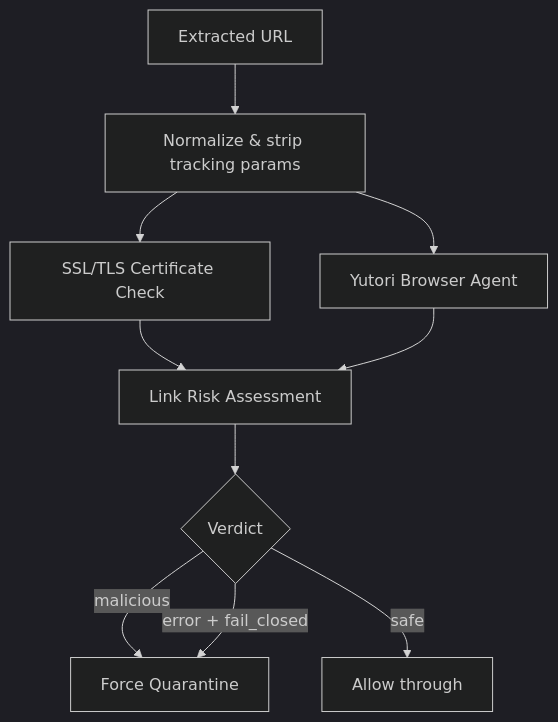
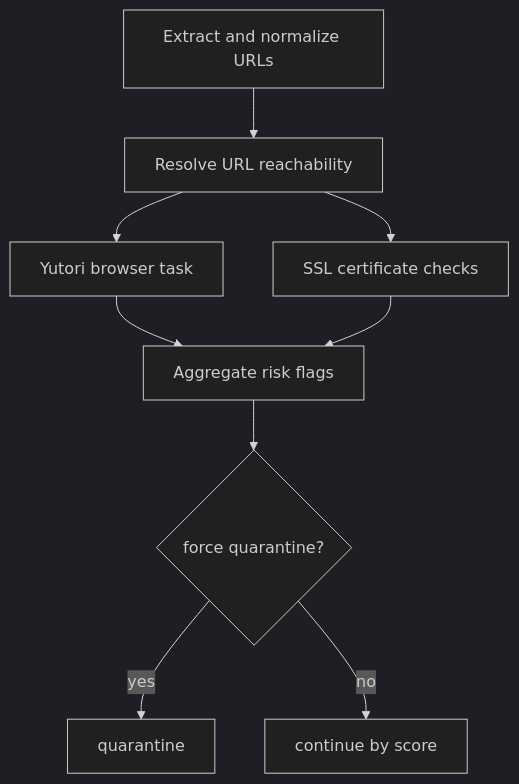
Before and after one commit to pramodthe/anti-scam.ai: the third of 4 diagrams in README.md, drawn with Mermaid (dark theme). The commit also changed other lines of this file, not shown here.

Commit message:
docs: expand README with full architecture and setup details

````diff
--- a/README.md
+++ b/README.md
@@ -190,12 +77,11 @@
 ```mermaid
 flowchart TD
-    URL[Extracted URL] --> Norm[Normalize & strip tracking params]
-    Norm --> SSL[SSL/TLS Certificate Check]
-    Norm --> Yutori[Yutori Browser Agent]
-    SSL --> Assess[Link Risk Assessment]
-    Yutori --> Assess
-    Assess --> V{Verdict}
-    V -->|malicious| FQ[Force Quarantine]
-    V -->|error + fail_closed| FQ
-    V -->|safe| Pass[Allow through]
+    L1[Extract and normalize URLs] --> L2[Resolve URL reachability]
+    L2 --> L3[Yutori browser task]
+    L2 --> L4[SSL certificate checks]
+    L3 --> L5[Aggregate risk flags]
+    L4 --> L5
+    L5 --> L6{force quarantine?}
+    L6 -->|yes| L7[quarantine]
+    L6 -->|no| L8[continue by score]
 ```
````
